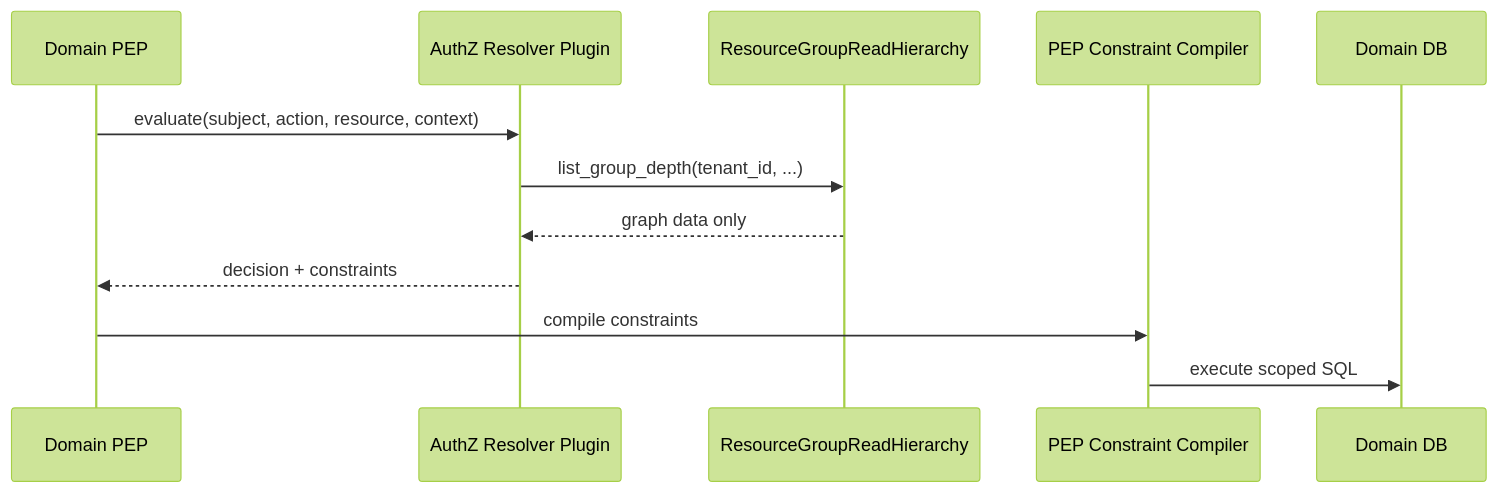
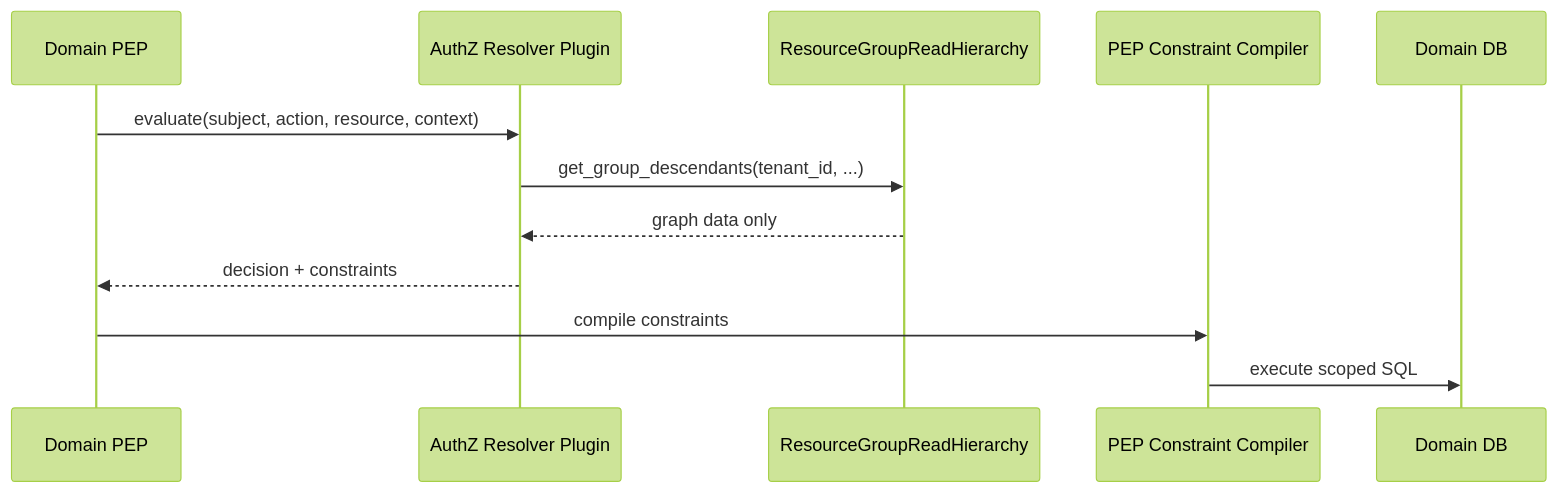
The fourth of 8 diagrams in gears/system/resource-group/docs/DESIGN.md (ffedoroff/gears-rust), drawn with Mermaid (forest theme) before and after one commit. The commit also changed other lines of this file and 10 other files, not shown here.

````diff
--- a/gears/system/resource-group/docs/DESIGN.md
+++ b/gears/system/resource-group/docs/DESIGN.md
@@ -746,15 +748,15 @@
 ```mermaid
 sequenceDiagram
     participant PEP as Domain PEP
     participant AZ as AuthZ Resolver Plugin
     participant RG as ResourceGroupReadHierarchy
     participant CMP as PEP Constraint Compiler
     participant DB as Domain DB
 
     PEP->>AZ: evaluate(subject, action, resource, context)
-    AZ->>RG: list_group_depth(tenant_id, ...)
+    AZ->>RG: get_group_descendants(tenant_id, ...)
     RG-->>AZ: graph data only
     AZ-->>PEP: decision + constraints
     PEP->>CMP: compile constraints
     CMP->>DB: execute scoped SQL
 ```
````
